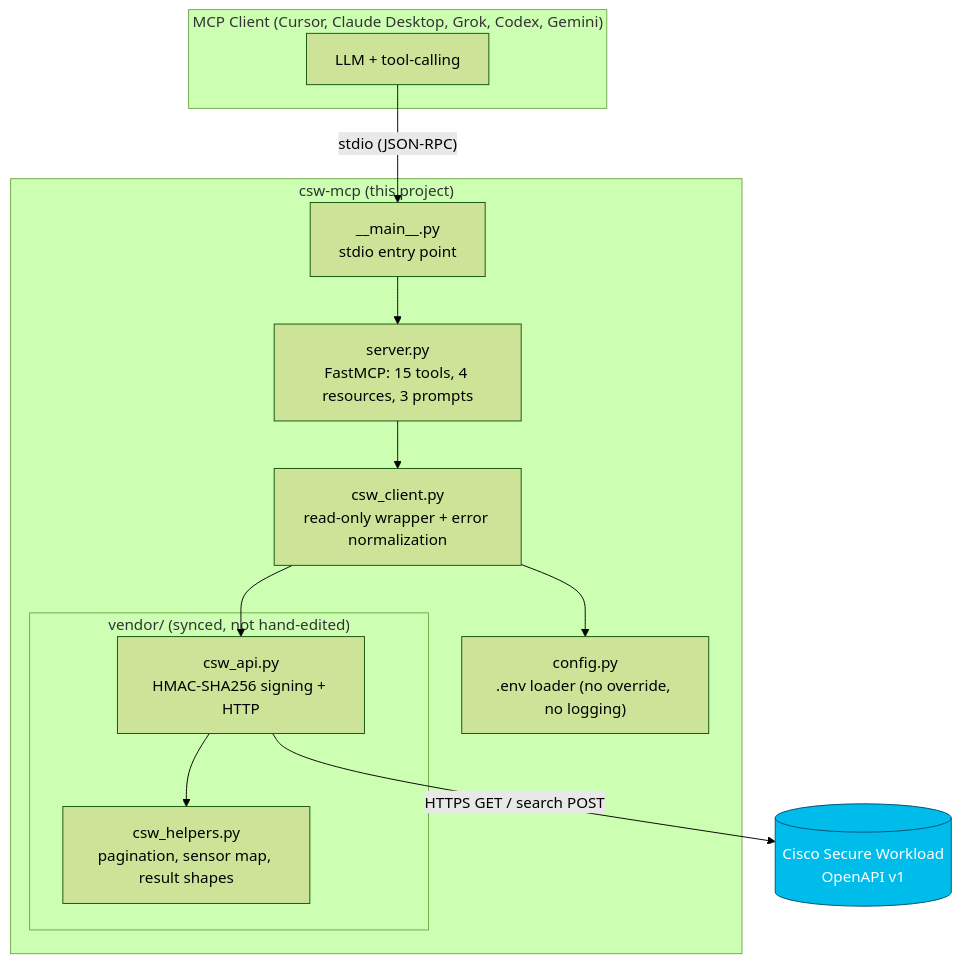
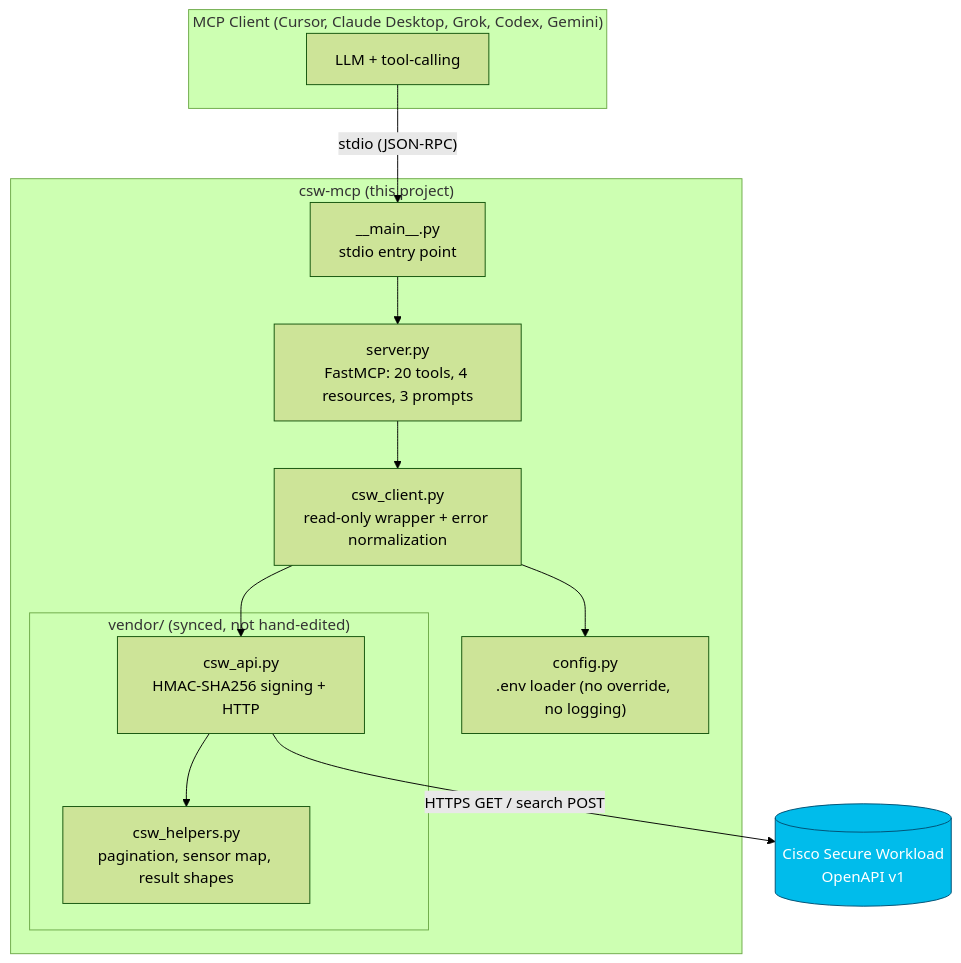
One commit to chandrapati/csw-mcp changed the first of 2 diagrams in docs/ARCHITECTURE.md. Above: the diagram before and after it, drawn with Mermaid (forest theme). The commit also changed 6 other files, not shown here.

First line of the commit message:
Add the POV-script reads that were missing from the MCP server.

````diff
--- a/docs/ARCHITECTURE.md
+++ b/docs/ARCHITECTURE.md
@@ -8,29 +8,29 @@
 ```mermaid
 flowchart TB
     subgraph Client["MCP Client (Cursor, Claude Desktop, Grok, Codex, Gemini)"]
         LLM[LLM + tool-calling]
     end
 
     subgraph Server["csw-mcp (this project)"]
         M["__main__.py<br/>stdio entry point"]
-        SV["server.py<br/>FastMCP: 15 tools, 4 resources, 3 prompts"]
+        SV["server.py<br/>FastMCP: 20 tools, 4 resources, 3 prompts"]
         CL["csw_client.py<br/>read-only wrapper + error normalization"]
         CF["config.py<br/>.env loader (no override, no logging)"]
         subgraph Vendor["vendor/ (synced, not hand-edited)"]
             API["csw_api.py<br/>HMAC-SHA256 signing + HTTP"]
             H["csw_helpers.py<br/>pagination, sensor map, result shapes"]
         end
     end
 
     CSW[(Cisco Secure Workload<br/>OpenAPI v1)]
 
     LLM -- "stdio (JSON-RPC)" --> M --> SV
     SV --> CL
     CL --> CF
     CL --> API
     API --> H
     API -- "HTTPS GET / search POST" --> CSW
 
     classDef cisco fill:#00bceb,stroke:#005073,color:#fff;
     class CSW cisco;
 ```
````
